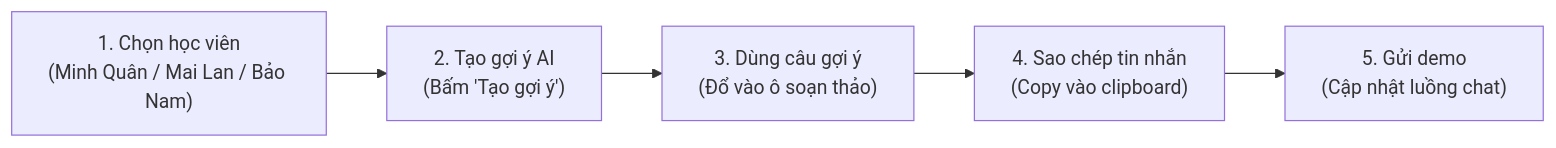
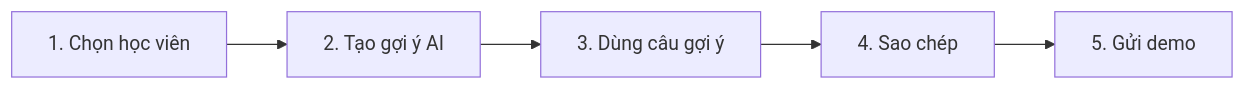
Before and after one commit to dangkhoiii02/ChatBot_TuVan: the diagram in frontend/README.md, drawn with Mermaid. The commit also changed other lines of this file and 1 other file, not shown here.

````diff
--- a/frontend/README.md
+++ b/frontend/README.md
@@ -106,7 +63,7 @@
 ```mermaid
 flowchart LR
-    A["1. Chọn học viên<br/>(Minh Quân / Mai Lan / Bảo Nam)"] --> B["2. Tạo gợi ý AI<br/>(Bấm 'Tạo gợi ý')"]
-    B --> C["3. Dùng câu gợi ý<br/>(Đổ vào ô soạn thảo)"]
-    C --> D["4. Sao chép tin nhắn<br/>(Copy vào clipboard)"]
-    D --> E["5. Gửi demo<br/>(Cập nhật luồng chat)"]
+    A["1. Chọn học viên"] --> B["2. Tạo gợi ý AI"]
+    B --> C["3. Dùng câu gợi ý"]
+    C --> D["4. Sao chép"]
+    D --> E["5. Gửi demo"]
 ```
````
